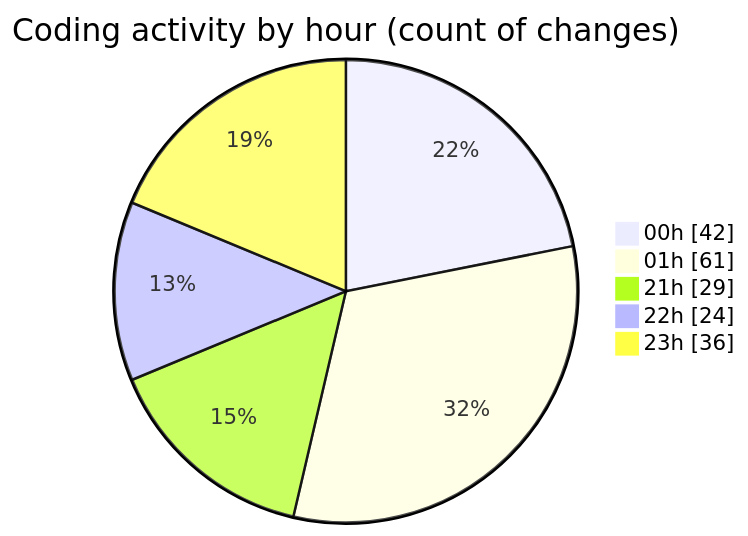
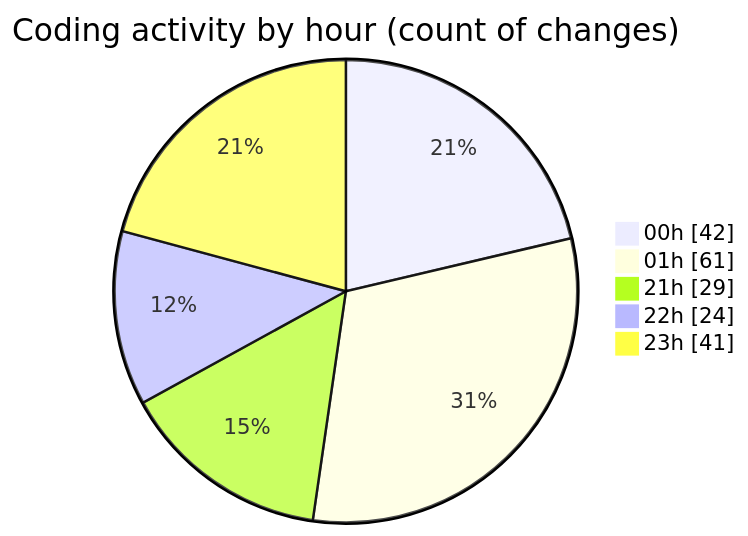
Before and after one commit to lephambinh05/code-tracking: the second of 2 diagrams in 2025-08-12/rentotp/README.md, drawn with Mermaid. The commit also changed other lines of this file and 1 other file, not shown here.

````diff
--- a/2025-08-12/rentotp/README.md
+++ b/2025-08-12/rentotp/README.md
@@ -58,9 +59,9 @@
 ```mermaid
 pie showData
 title Coding activity by hour (count of changes)
 "00h" : 42
 "01h" : 61
 "21h" : 29
 "22h" : 24
-"23h" : 36
+"23h" : 41
 ```
````
